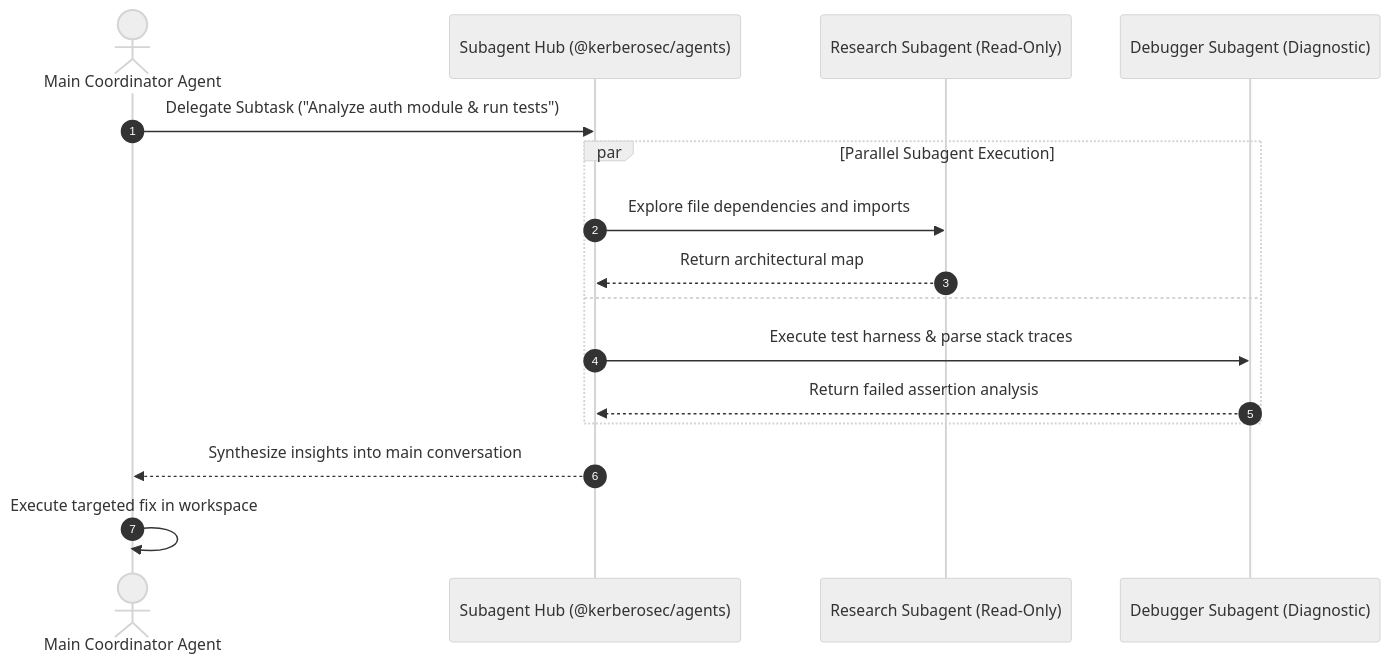
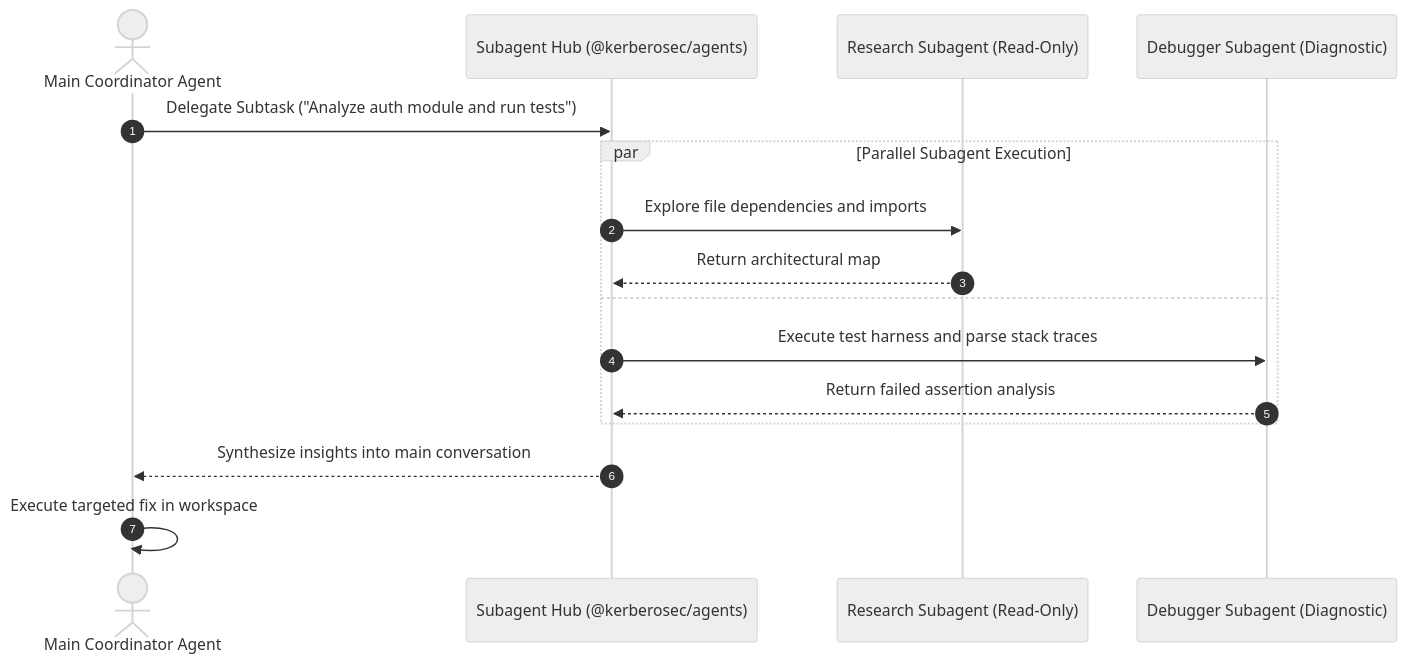
Before and after one commit to KerberoSec/KerberoSec-CLI: diagram 11 of 24 in README.md, drawn with Mermaid (neutral theme). The commit also changed other lines of this file and 5 other files, not shown here.

````diff
--- a/README.md
+++ b/README.md
@@ -411,19 +518,19 @@
 ```mermaid
 sequenceDiagram
     autonumber
     actor MainAgent as Main Coordinator Agent
     participant SubHub as Subagent Hub (@kerberosec/agents)
     participant ResearchAgent as Research Subagent (Read-Only)
     participant DebugAgent as Debugger Subagent (Diagnostic)
 
-    MainAgent->>SubHub: Delegate Subtask ("Analyze auth module & run tests")
+    MainAgent->>SubHub: Delegate Subtask ("Analyze auth module and run tests")
     par Parallel Subagent Execution
         SubHub->>ResearchAgent: Explore file dependencies and imports
         ResearchAgent-->>SubHub: Return architectural map
     and
-        SubHub->>DebugAgent: Execute test harness & parse stack traces
+        SubHub->>DebugAgent: Execute test harness and parse stack traces
         DebugAgent-->>SubHub: Return failed assertion analysis
     end
     SubHub-->>MainAgent: Synthesize insights into main conversation
     MainAgent->>MainAgent: Execute targeted fix in workspace
 ```
````
